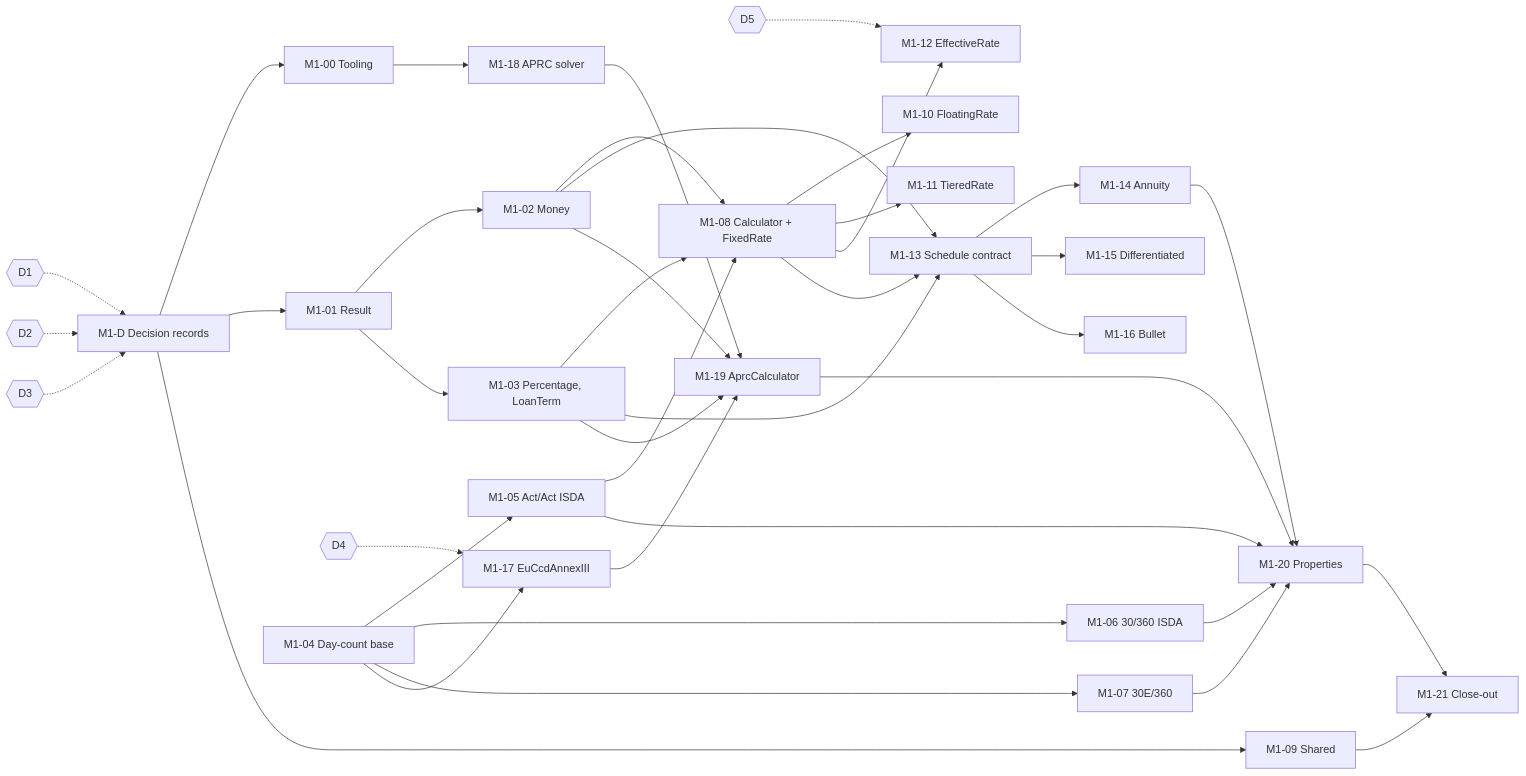
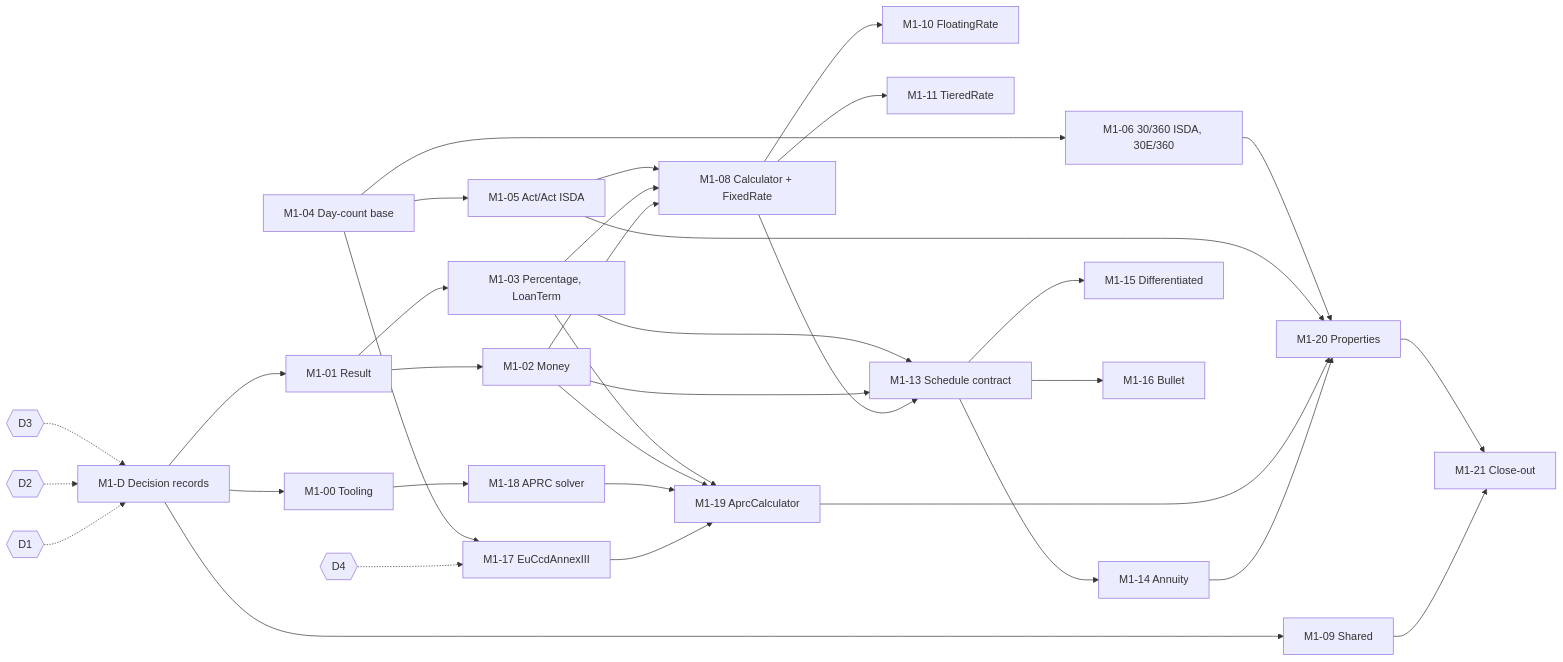
The diagram in docs/plans/m1.md (ZeppBoy/Credere), drawn with Mermaid before and after one commit. The commit also changed other lines of this file, not shown here.

````diff
--- a/docs/plans/m1.md
+++ b/docs/plans/m1.md
@@ -57,42 +57,38 @@
 ```mermaid
 flowchart LR
   D1{{D1}} -.-> M1D
   D2{{D2}} -.-> M1D
   D3{{D3}} -.-> M1D
   M1D[M1-D Decision records] --> M100
   M1D --> M101
   M1D --> M109
   D4{{D4}} -.-> M117
-  D5{{D5}} -.-> M112
 
   M100[M1-00 Tooling] --> M118[M1-18 APRC solver]
   M101[M1-01 Result] --> M102[M1-02 Money]
   M101 --> M103[M1-03 Percentage, LoanTerm]
   M104[M1-04 Day-count base] --> M105[M1-05 Act/Act ISDA]
-  M104 --> M106[M1-06 30/360 ISDA]
-  M104 --> M107[M1-07 30E/360]
+  M104 --> M106[M1-06 30/360 ISDA, 30E/360]
   M104 --> M117[M1-17 EuCcdAnnexIII]
   M102 --> M108[M1-08 Calculator + FixedRate]
   M103 --> M108
   M105 --> M108
   M108 --> M110[M1-10 FloatingRate]
   M108 --> M111[M1-11 TieredRate]
-  M108 --> M112[M1-12 EffectiveRate]
   M108 --> M113[M1-13 Schedule contract]
   M102 --> M113
   M103 --> M113
   M113 --> M114[M1-14 Annuity]
   M113 --> M115[M1-15 Differentiated]
   M113 --> M116[M1-16 Bullet]
   M117 --> M119[M1-19 AprcCalculator]
   M118 --> M119
   M102 --> M119
   M103 --> M119
   M114 --> M120[M1-20 Properties]
   M119 --> M120
   M105 --> M120
   M106 --> M120
-  M107 --> M120
   M109[M1-09 Shared] --> M121[M1-21 Close-out]
   M120 --> M121
 ```
````
